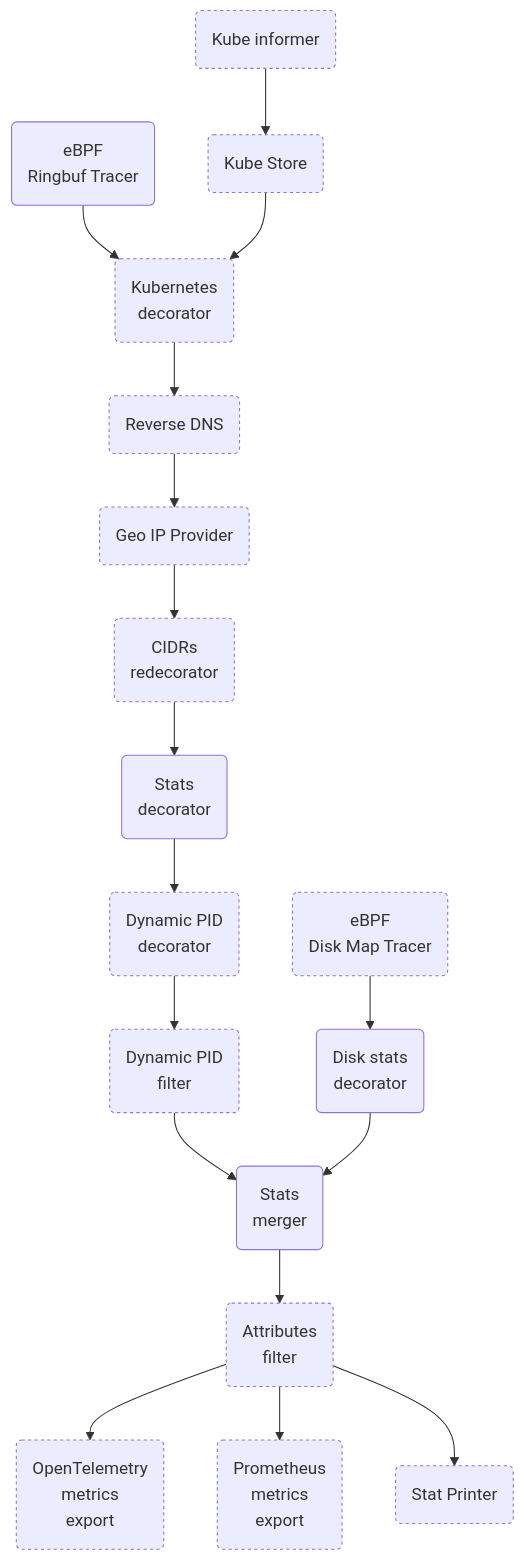
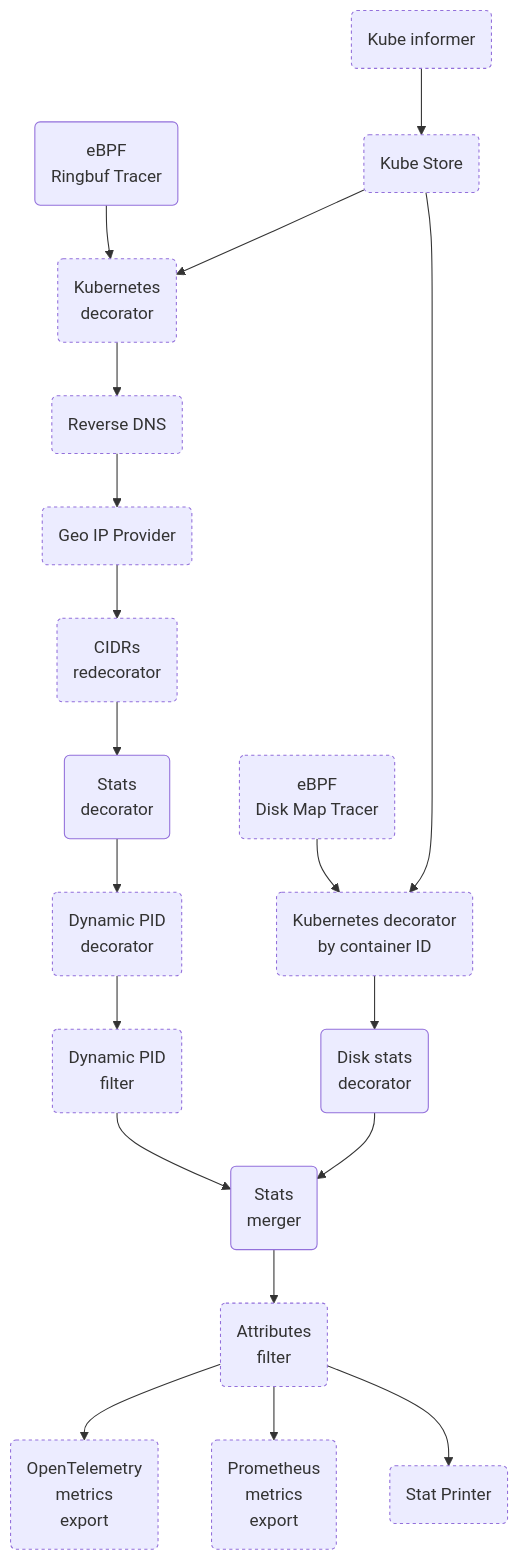
The third of 3 diagrams in devdocs/pipeline-map.md (TheDwingMAN/opentelemetry-ebpf-instrumentation), drawn with Mermaid before and after one commit. The commit also changed 2 other files, not shown here.

Commit message:
docs: document disk stats workload attribution and counters

````diff
--- a/devdocs/pipeline-map.md
+++ b/devdocs/pipeline-map.md
@@ -103,20 +103,22 @@
 ```mermaid
 flowchart TD
     classDef optional stroke-dasharray: 3 3;
     RT(eBPF<br/>Ringbuf Tracer) --> K8S
     KIN(Kube informer):::optional --> KSTORE
     KSTORE(Kube Store):::optional --> K8S
     K8S(Kubernetes<br/>decorator):::optional --> RDNS
     RDNS(Reverse DNS):::optional --> GeoIP
     GeoIP(Geo IP Provider):::optional --> CIDRS
     CIDRS(CIDRs<br/>redecorator):::optional --> DEC
     DEC(Stats<br/>decorator) --> DPD
     DPD(Dynamic PID<br/>decorator):::optional --> DPF
     DPF(Dynamic PID<br/>filter):::optional --> MRG
-    DMT(eBPF<br/>Disk Map Tracer):::optional --> DDEC
+    DMT(eBPF<br/>Disk Map Tracer):::optional --> DK8S
+    KSTORE --> DK8S
+    DK8S(Kubernetes decorator<br/>by container ID):::optional --> DDEC
     DDEC(Disk stats<br/>decorator) --> MRG
     MRG(Stats<br/>merger) --> FLTR
     FLTR(Attributes<br/>filter):::optional --> OTEL(OpenTelemetry<br/>metrics<br/>export):::optional
     FLTR --> PROM(Prometheus<br/>metrics<br/>export):::optional
     FLTR --> StatPrinter(Stat Printer):::optional
 ```
````
